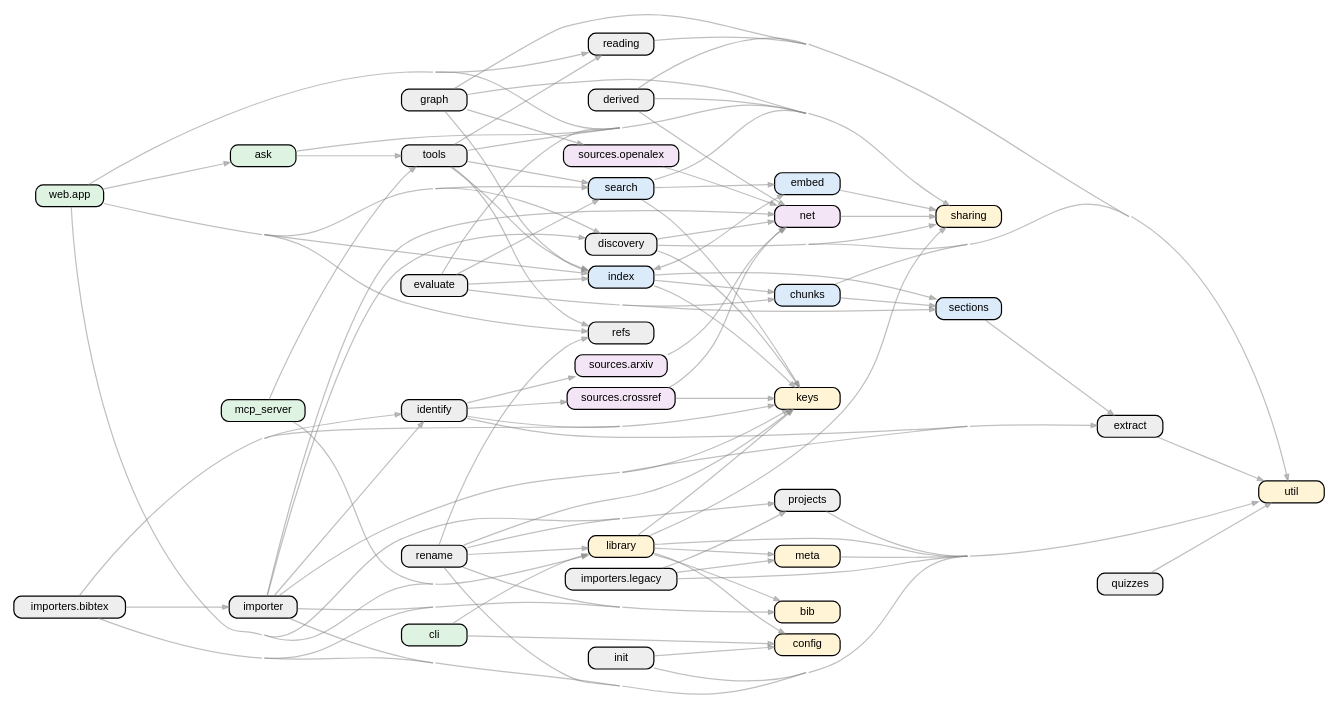
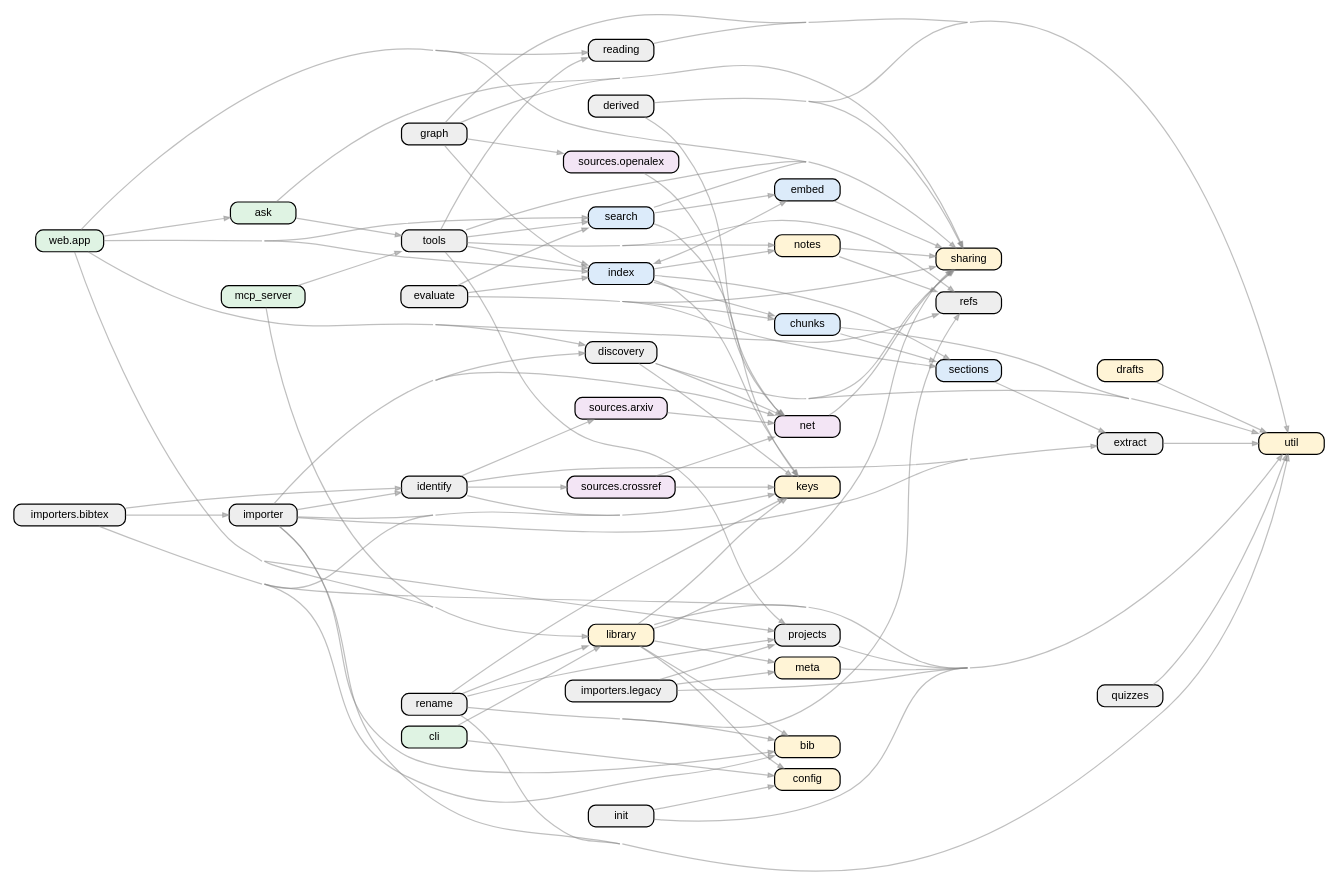
The diagram in docs/architecture/diagrams/modules.dot (markmuetz/litnav), drawn with Graphviz before and after one commit. The commit also changed 34 other files, not shown here.

Commit message:
Search your own notes, manage projects and draft versions, import from Downloads, add the synthesis skill.

```diff
--- a/docs/architecture/diagrams/modules.dot
+++ b/docs/architecture/diagrams/modules.dot
@@ -1,131 +1,139 @@
 digraph G { graph [rankdir=LR, fontname="Helvetica", ranksep=1.1, nodesep=0.12, concentrate=true];
  node [fontname="Helvetica", fontsize=9, shape=box, style="rounded,filled", height=0.25];
  edge [color="#88888888", arrowsize=0.5];
  "ask" [fillcolor="#DFF3E3"];
  "bib" [fillcolor="#FFF4D6"];
  "chunks" [fillcolor="#DCEBFA"];
  "cli" [fillcolor="#DFF3E3"];
  "config" [fillcolor="#FFF4D6"];
  "derived" [fillcolor="#EEEEEE"];
  "discovery" [fillcolor="#EEEEEE"];
+ "drafts" [fillcolor="#FFF4D6"];
  "embed" [fillcolor="#DCEBFA"];
  "evaluate" [fillcolor="#EEEEEE"];
  "extract" [fillcolor="#EEEEEE"];
  "graph" [fillcolor="#EEEEEE"];
  "identify" [fillcolor="#EEEEEE"];
  "importer" [fillcolor="#EEEEEE"];
  "importers.bibtex" [fillcolor="#EEEEEE"];
  "importers.legacy" [fillcolor="#EEEEEE"];
  "index" [fillcolor="#DCEBFA"];
  "init" [fillcolor="#EEEEEE"];
  "keys" [fillcolor="#FFF4D6"];
  "library" [fillcolor="#FFF4D6"];
  "mcp_server" [fillcolor="#DFF3E3"];
  "meta" [fillcolor="#FFF4D6"];
  "net" [fillcolor="#F3E5F5"];
+ "notes" [fillcolor="#FFF4D6"];
  "projects" [fillcolor="#EEEEEE"];
  "quizzes" [fillcolor="#EEEEEE"];
  "reading" [fillcolor="#EEEEEE"];
  "refs" [fillcolor="#EEEEEE"];
  "rename" [fillcolor="#EEEEEE"];
  "search" [fillcolor="#DCEBFA"];
  "sections" [fillcolor="#DCEBFA"];
  "sharing" [fillcolor="#FFF4D6"];
  "sources.arxiv" [fillcolor="#F3E5F5"];
  "sources.crossref" [fillcolor="#F3E5F5"];
  "sources.openalex" [fillcolor="#F3E5F5"];
  "tools" [fillcolor="#EEEEEE"];
  "util" [fillcolor="#FFF4D6"];
  "web.app" [fillcolor="#DFF3E3"];
  "ask" -> "sharing";
  "ask" -> "tools";
  "chunks" -> "sections";
  "chunks" -> "util";
  "cli" -> "config";
  "cli" -> "library";
  "derived" -> "net";
  "derived" -> "sharing";
  "derived" -> "util";
  "discovery" -> "keys";
  "discovery" -> "net";
  "discovery" -> "sharing";
  "discovery" -> "util";
+ "drafts" -> "util";
  "embed" -> "index";
  "embed" -> "sharing";
  "evaluate" -> "chunks";
  "evaluate" -> "index";
  "evaluate" -> "search";
  "evaluate" -> "sections";
  "evaluate" -> "sharing";
  "extract" -> "util";
  "graph" -> "index";
  "graph" -> "sharing";
  "graph" -> "sources.openalex";
  "graph" -> "util";
  "identify" -> "extract";
  "identify" -> "keys";
  "identify" -> "sources.arxiv";
  "identify" -> "sources.crossref";
  "importer" -> "bib";
  "importer" -> "discovery";
  "importer" -> "extract";
  "importer" -> "identify";
  "importer" -> "keys";
  "importer" -> "net";
  "importer" -> "util";
  "importers.bibtex" -> "bib";
  "importers.bibtex" -> "identify";
  "importers.bibtex" -> "importer";
  "importers.bibtex" -> "keys";
  "importers.bibtex" -> "util";
  "importers.legacy" -> "meta";
  "importers.legacy" -> "projects";
  "importers.legacy" -> "util";
  "index" -> "chunks";
  "index" -> "embed";
  "index" -> "keys";
+ "index" -> "notes";
  "index" -> "sections";
  "init" -> "config";
  "init" -> "util";
  "library" -> "bib";
  "library" -> "config";
  "library" -> "keys";
  "library" -> "meta";
  "library" -> "sharing";
  "library" -> "util";
  "mcp_server" -> "library";
  "mcp_server" -> "tools";
  "meta" -> "util";
  "net" -> "sharing";
+ "notes" -> "refs";
+ "notes" -> "sharing";
  "projects" -> "util";
  "quizzes" -> "util";
  "reading" -> "util";
  "rename" -> "bib";
  "rename" -> "keys";
  "rename" -> "library";
  "rename" -> "projects";
  "rename" -> "refs";
  "rename" -> "util";
  "search" -> "embed";
  "search" -> "keys";
  "search" -> "sharing";
  "sections" -> "extract";
  "sources.arxiv" -> "net";
  "sources.crossref" -> "keys";
  "sources.crossref" -> "net";
  "sources.openalex" -> "net";
  "tools" -> "index";
+ "tools" -> "notes";
+ "tools" -> "projects";
  "tools" -> "reading";
  "tools" -> "refs";
  "tools" -> "search";
  "tools" -> "sharing";
  "web.app" -> "ask";
  "web.app" -> "discovery";
  "web.app" -> "index";
  "web.app" -> "library";
  "web.app" -> "projects";
  "web.app" -> "reading";
  "web.app" -> "refs";
  "web.app" -> "search";
  "web.app" -> "sharing";
 }
```
